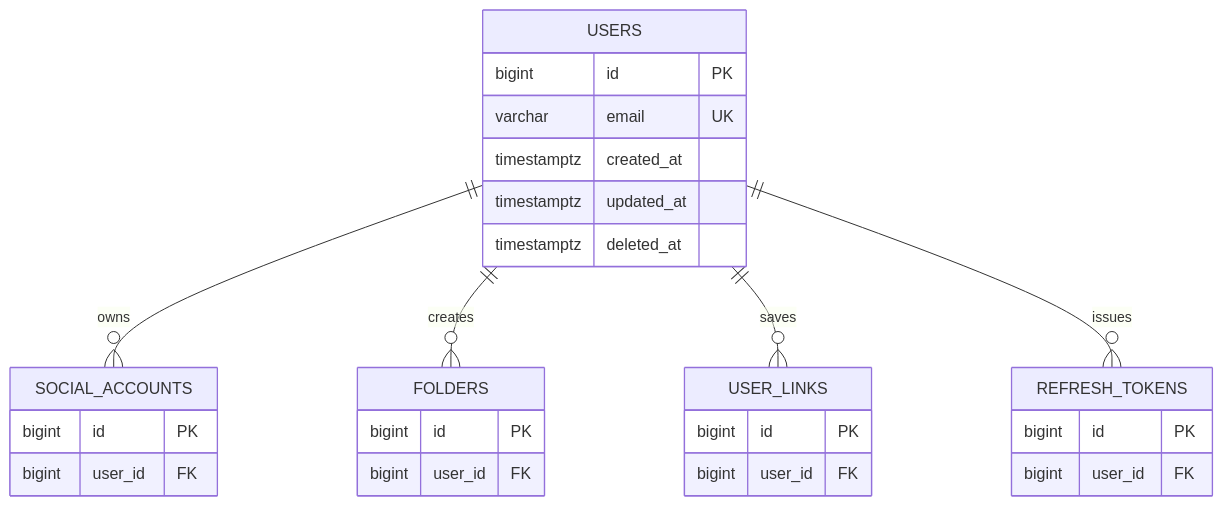
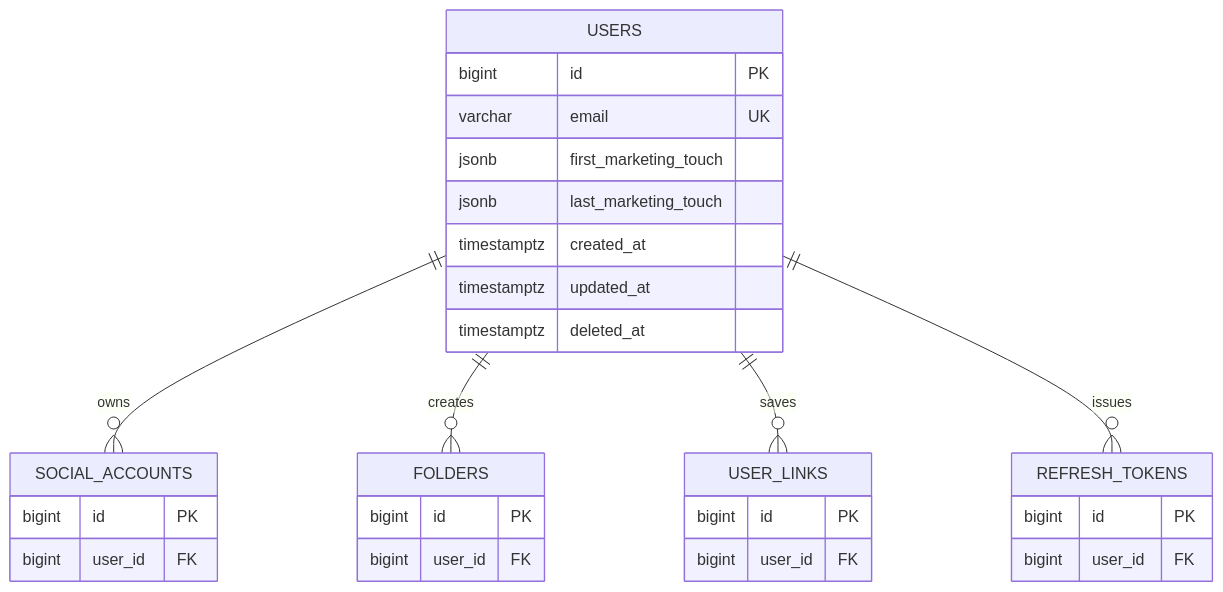
Before and after one commit to mash-up-kr/Promise.9-Server: the diagram in docs/database/tables/users.md, drawn with Mermaid. The commit also changed other lines of this file and 16 other files, not shown here.

````diff
--- a/docs/database/tables/users.md
+++ b/docs/database/tables/users.md
@@ -7,35 +7,37 @@
 ```mermaid
 erDiagram
   USERS ||--o{ SOCIAL_ACCOUNTS : owns
   USERS ||--o{ FOLDERS : creates
   USERS ||--o{ USER_LINKS : saves
   USERS ||--o{ REFRESH_TOKENS : issues
 
   USERS {
     bigint id PK
     varchar email UK
+    jsonb first_marketing_touch
+    jsonb last_marketing_touch
     timestamptz created_at
     timestamptz updated_at
     timestamptz deleted_at
   }
 
   SOCIAL_ACCOUNTS {
     bigint id PK
     bigint user_id FK
   }
 
   FOLDERS {
     bigint id PK
     bigint user_id FK
   }
 
   USER_LINKS {
     bigint id PK
     bigint user_id FK
   }
 
   REFRESH_TOKENS {
     bigint id PK
     bigint user_id FK
   }
 ```
````
